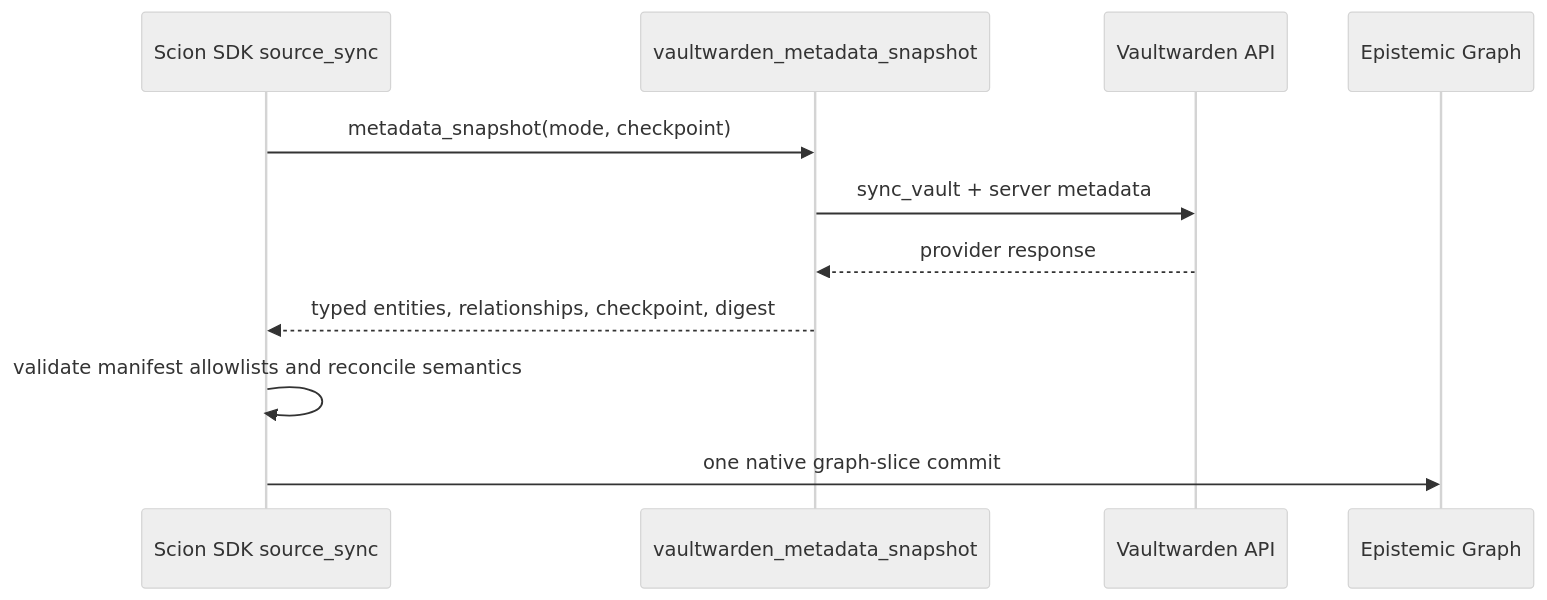
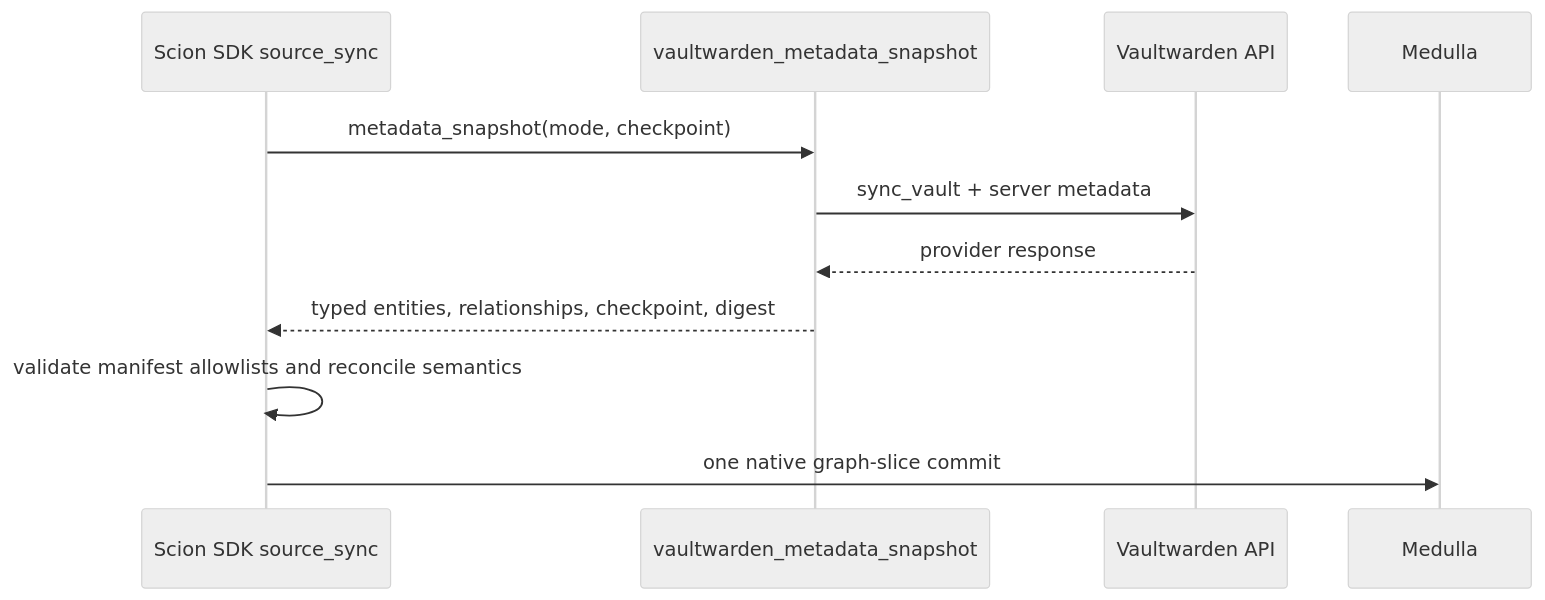
One commit to Knuckles-Team/vaultwarden-mcp changed the diagram in docs/ingestion.md. Above: the diagram before and after it, drawn with Mermaid (neutral theme). The commit also changed 11 other files, not shown here.

````diff
--- a/docs/ingestion.md
+++ b/docs/ingestion.md
@@ -8,14 +8,14 @@
 ```mermaid
 sequenceDiagram
     participant AU as Scion SDK source_sync
     participant MCP as vaultwarden_metadata_snapshot
     participant VW as Vaultwarden API
-    participant EG as Epistemic Graph
+    participant EG as Medulla
 
     AU->>MCP: metadata_snapshot(mode, checkpoint)
     MCP->>VW: sync_vault + server metadata
     VW-->>MCP: provider response
     MCP-->>AU: typed entities, relationships, checkpoint, digest
     AU->>AU: validate manifest allowlists and reconcile semantics
     AU->>EG: one native graph-slice commit
 ```
````
